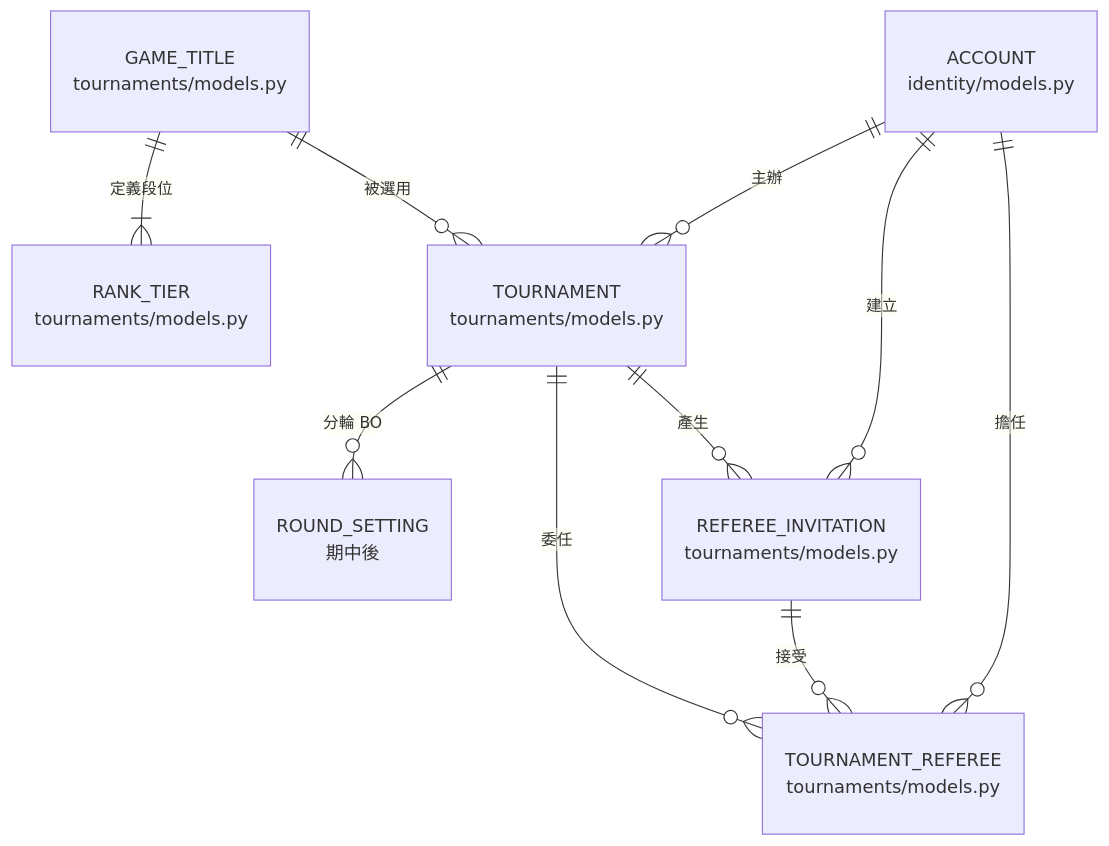
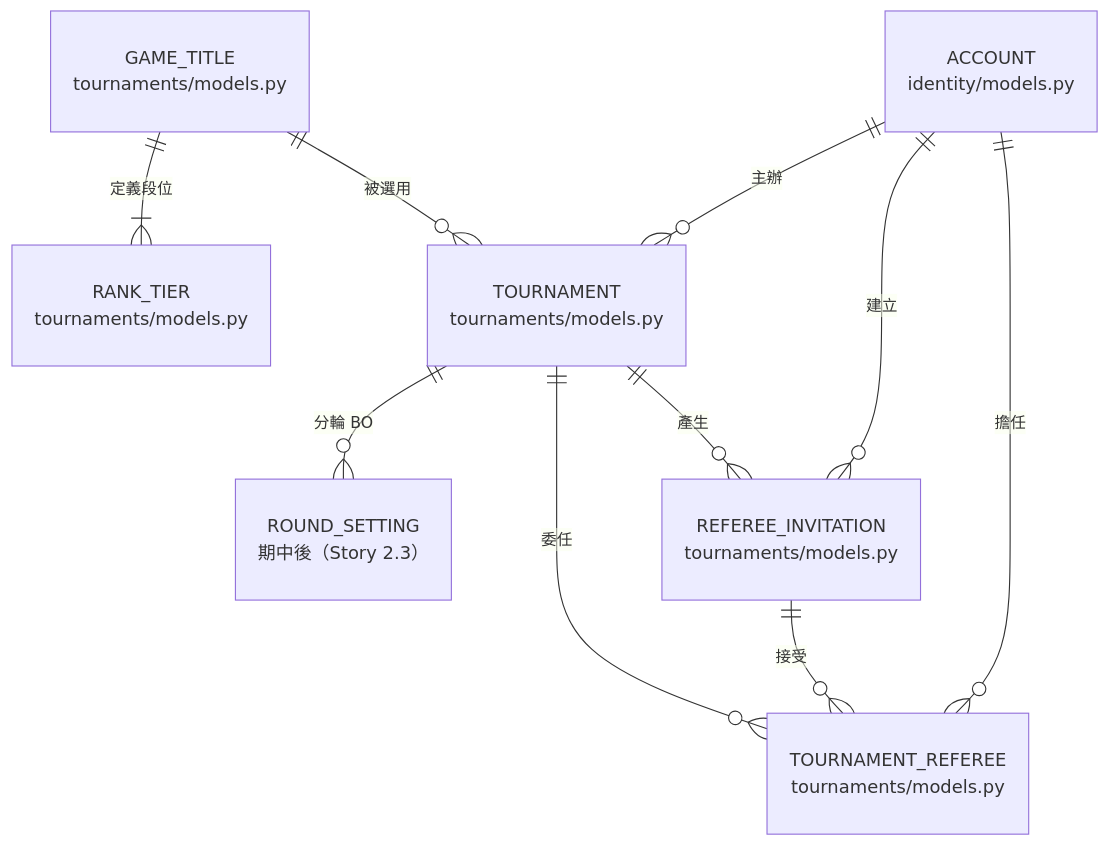
Before and after one commit to Team14good/esport-platform: the fifth of 19 diagrams in docs/midterm/B-軟體需求分析文件.md, drawn with Mermaid. The commit also changed other lines of this file and 23 other files, not shown here.

First line of the commit message:
docs: 依 PR #92 審查修正 B、C、D 的圖與程式標註

````diff
--- a/docs/midterm/B-軟體需求分析文件.md
+++ b/docs/midterm/B-軟體需求分析文件.md
@@ -718,19 +719,19 @@
 ```mermaid
 erDiagram
   GAME_TITLE["GAME_TITLE<br/>tournaments/models.py"]
   RANK_TIER["RANK_TIER<br/>tournaments/models.py"]
   TOURNAMENT["TOURNAMENT<br/>tournaments/models.py"]
   ACCOUNT["ACCOUNT<br/>identity/models.py"]
-  ROUND_SETTING["ROUND_SETTING<br/>期中後"]
+  ROUND_SETTING["ROUND_SETTING<br/>期中後（Story 2.3）"]
   REFEREE_INVITATION["REFEREE_INVITATION<br/>tournaments/models.py"]
   TOURNAMENT_REFEREE["TOURNAMENT_REFEREE<br/>tournaments/models.py"]
   GAME_TITLE ||--|{ RANK_TIER : "定義段位"
   GAME_TITLE ||--o{ TOURNAMENT : "被選用"
   ACCOUNT ||--o{ TOURNAMENT : "主辦"
   TOURNAMENT ||--o{ ROUND_SETTING : "分輪 BO"
   TOURNAMENT ||--o{ REFEREE_INVITATION : "產生"
   ACCOUNT ||--o{ REFEREE_INVITATION : "建立"
   TOURNAMENT ||--o{ TOURNAMENT_REFEREE : "委任"
   REFEREE_INVITATION ||--o{ TOURNAMENT_REFEREE : "接受"
   ACCOUNT ||--o{ TOURNAMENT_REFEREE : "擔任"
 ```
````
